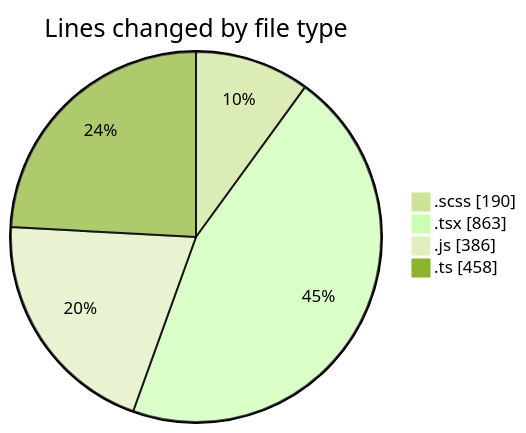
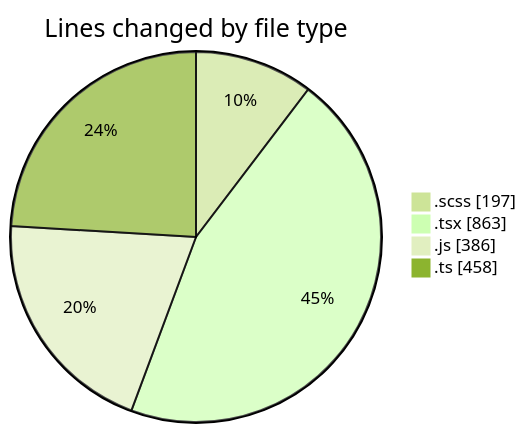
Before and after one commit to momahboobian/code-tracking: the first of 2 diagrams in 2025-03-14/cda/README.md, drawn with Mermaid (forest theme). The commit also changed other lines of this file and 1 other file, not shown here.

````diff
--- a/2025-03-14/cda/README.md
+++ b/2025-03-14/cda/README.md
@@ -34,8 +34,8 @@
 ```mermaid
 pie showData
 title Lines changed by file type
-".scss" : 190
+".scss" : 197
 ".tsx" : 863
 ".js" : 386
 ".ts" : 458
 ```
````
